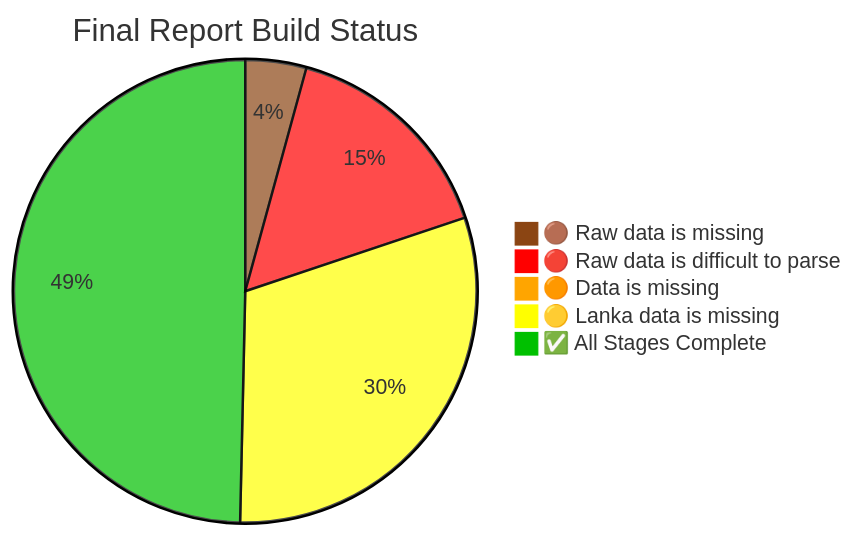
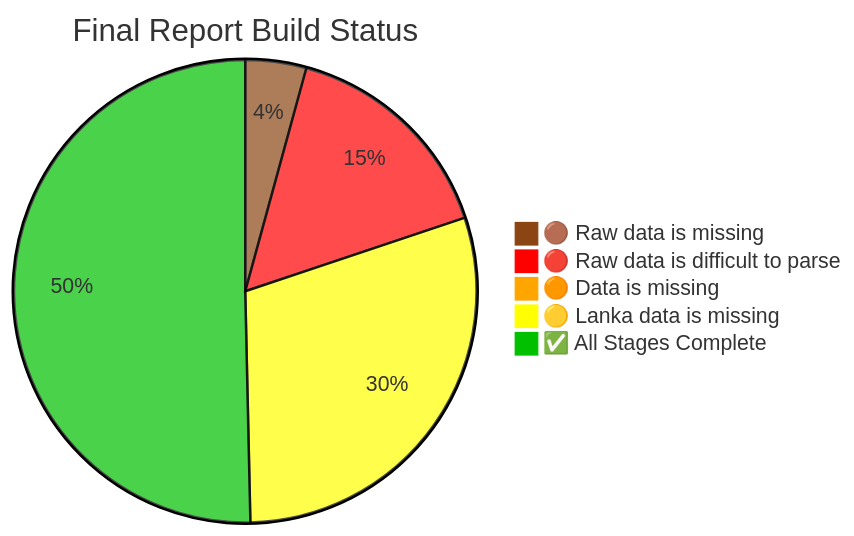
Before and after one commit to nuuuwan/lk_census_2024: the diagram in README.md, drawn with Mermaid. The commit also changed other lines of this file and 4 other files, not shown here.

````diff
--- a/README.md
+++ b/README.md
@@ -220,9 +220,9 @@
 ```mermaid
 %%{init: {"theme": "base", "themeVariables": {"pie1": "#8B4513", "pie2": "#FF0000", "pie3": "#FFA500", "pie4": "#FFFF00", "pie5": "#00c000"}}}%%
 pie title Final Report Build Status
 "🟤 Raw data is missing" : 6
     "🔴 Raw data is difficult to parse" : 22
     "🟠 Data is missing" : 1
-    "🟡 Lanka data is missing" : 43
-    "✅ All Stages Complete" : 70
+    "🟡 Lanka data is missing" : 42
+    "✅ All Stages Complete" : 71
 ```
````
